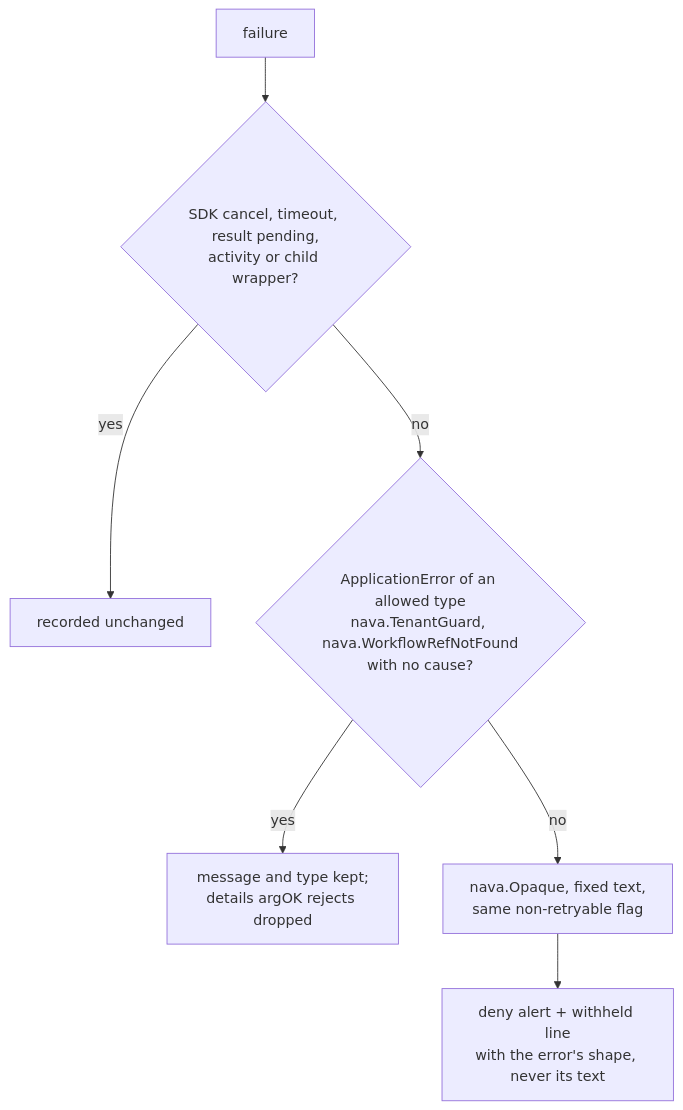
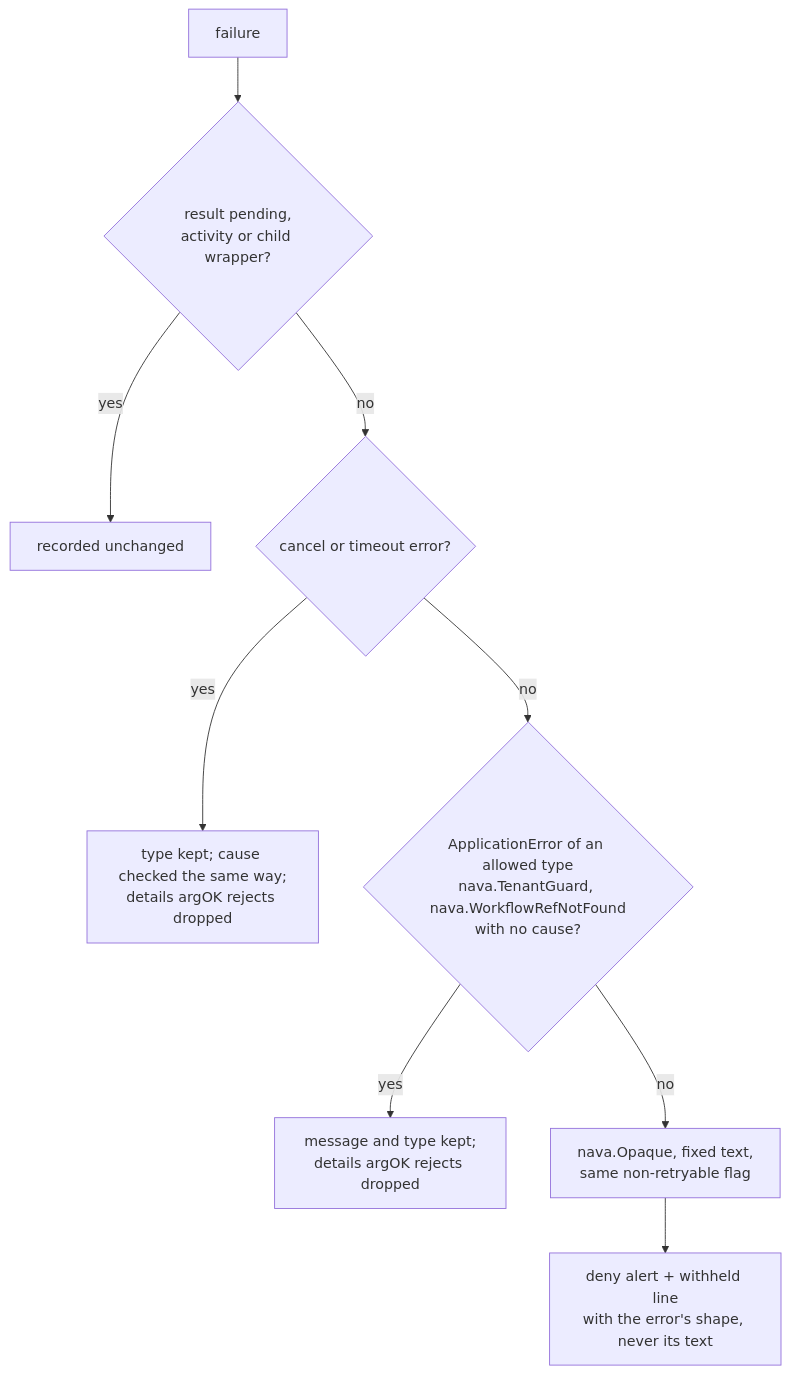
Before and after one commit to Navaladi2019/TicketingSystem: the fourth of 4 diagrams in docs/architecture/worker-guards.md, drawn with Mermaid. The commit also changed 7 other files, not shown here.

First line of the commit message:
TICK-245: check cancel and timeout error content (security review finding 1)

````diff
--- a/docs/architecture/worker-guards.md
+++ b/docs/architecture/worker-guards.md
@@ -157,9 +157,11 @@
 ```mermaid
 flowchart TD
-  E[failure] --> S{SDK cancel, timeout, result pending,<br/>activity or child wrapper?}
+  E[failure] --> S{result pending,<br/>activity or child wrapper?}
   S -- yes --> P[recorded unchanged]
-  S -- no --> A{ApplicationError of an allowed type<br/>nava.TenantGuard, nava.WorkflowRefNotFound<br/>with no cause?}
+  S -- no --> C{cancel or timeout error?}
+  C -- yes --> K[type kept; cause checked the same way;<br/>details argOK rejects dropped]
+  C -- no --> A{ApplicationError of an allowed type<br/>nava.TenantGuard, nava.WorkflowRefNotFound<br/>with no cause?}
   A -- yes --> D[message and type kept;<br/>details argOK rejects dropped]
   A -- no --> O[nava.Opaque, fixed text,<br/>same non-retryable flag]
   O --> L[deny alert + withheld line<br/>with the error's shape, never its text]
 ```
````
